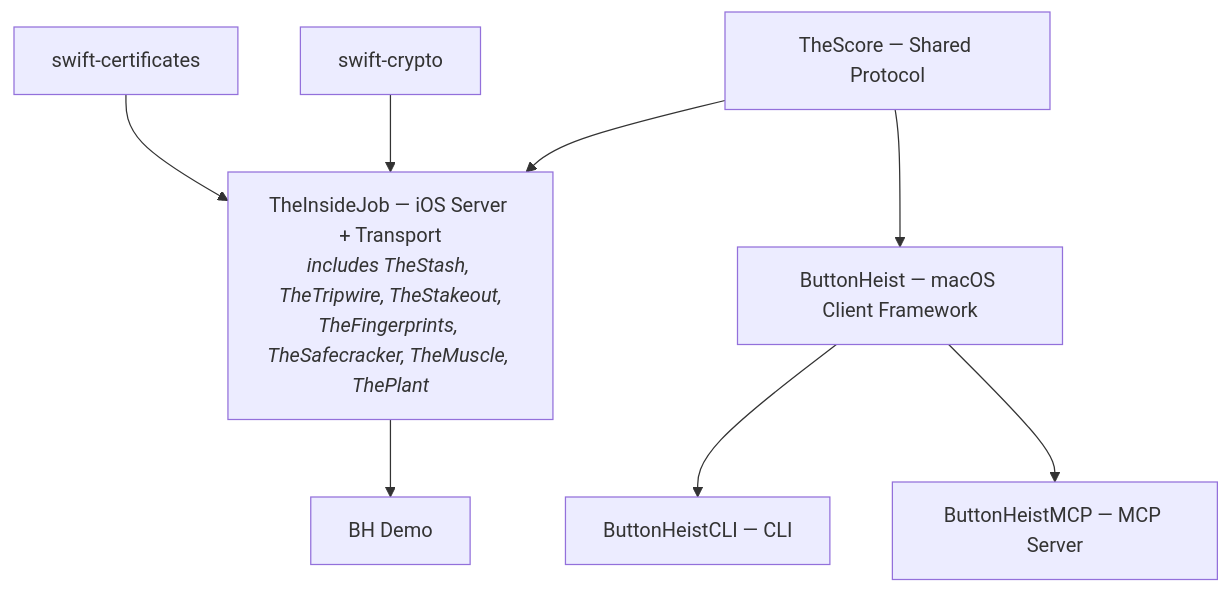
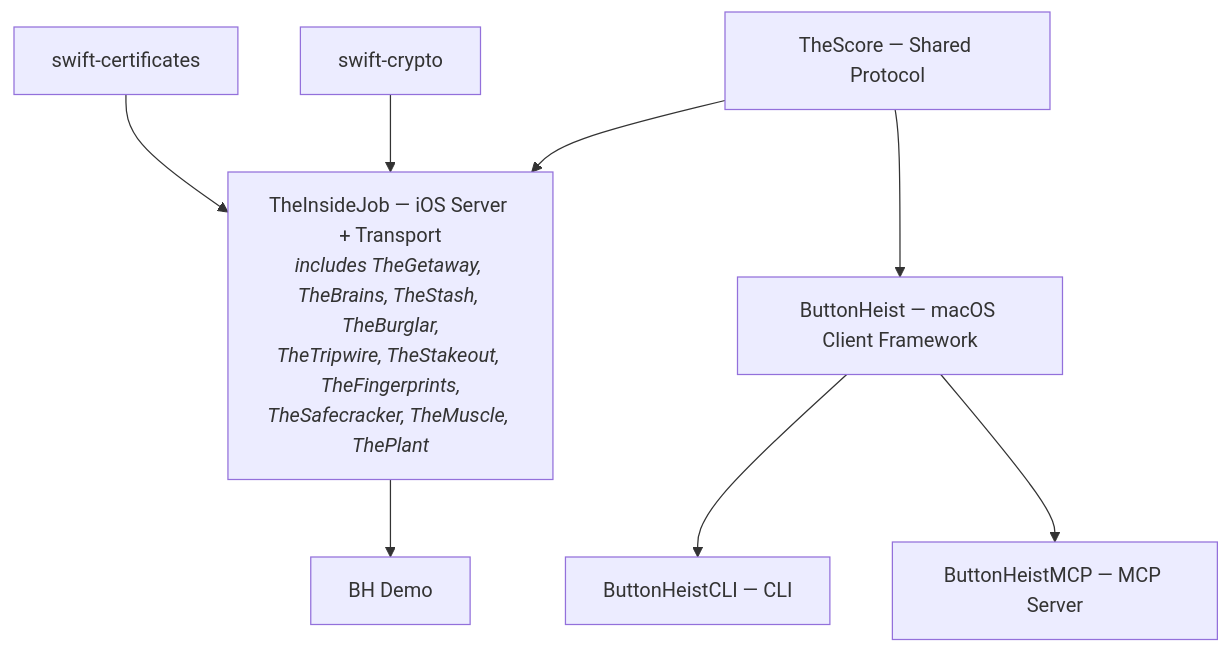
Before and after one commit to RoyalPineapple/TheButtonHeist: the first of 2 diagrams in docs/dossiers/README.md, drawn with Mermaid. The commit also changed other lines of this file and 39 other files, not shown here.

````diff
--- a/docs/dossiers/README.md
+++ b/docs/dossiers/README.md
@@ -45,20 +58,20 @@
 ```mermaid
 graph TD
     TheScore["TheScore — Shared Protocol"]
-    TheInsideJob["TheInsideJob — iOS Server + Transport<br/><i>includes TheStash, TheTripwire, TheStakeout,<br/>TheFingerprints, TheSafecracker, TheMuscle, ThePlant</i>"]
+    TheInsideJob["TheInsideJob — iOS Server + Transport<br/><i>includes TheGetaway, TheBrains, TheStash, TheBurglar,<br/>TheTripwire, TheStakeout, TheFingerprints,<br/>TheSafecracker, TheMuscle, ThePlant</i>"]
     ButtonHeist["ButtonHeist — macOS Client Framework"]
     CLI["ButtonHeistCLI — CLI"]
     MCP["ButtonHeistMCP — MCP Server"]
     TestApp["BH Demo"]
 
     Crypto["swift-crypto"]
     X509["swift-certificates"]
 
     TheScore --> TheInsideJob
     Crypto --> TheInsideJob
     X509 --> TheInsideJob
     TheScore --> ButtonHeist
     ButtonHeist --> CLI
     ButtonHeist --> MCP
     TheInsideJob --> TestApp
 ```
````
